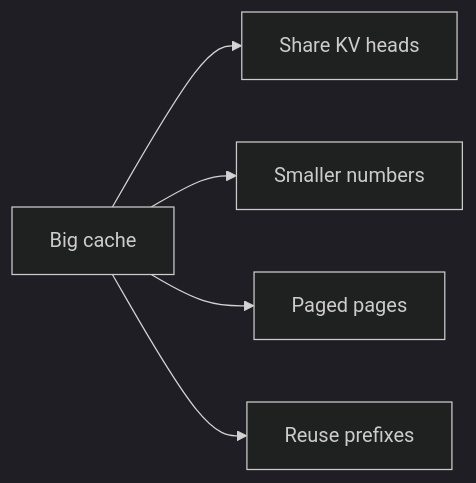
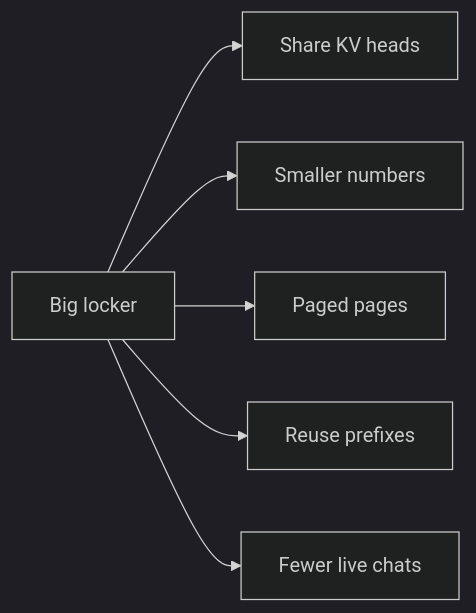
Before and after one commit to vijaykumarjob0701/theintelliwise: the fourth of 4 diagrams in _posts/2026-09-24-kv-cache-sticky-notes.md, drawn with Mermaid (dark theme). The commit also changed other lines of this file and 12 other files, not shown here.

````diff
--- a/_posts/2026-09-24-kv-cache-sticky-notes.md
+++ b/_posts/2026-09-24-kv-cache-sticky-notes.md
@@ -196,7 +290,8 @@
 ```mermaid
 flowchart LR
-  A[Big cache] --> B[Share KV heads]
+  A[Big locker] --> B[Share KV heads]
   A --> C[Smaller numbers]
   A --> D[Paged pages]
   A --> E[Reuse prefixes]
+  A --> F[Fewer live chats]
 ```
````
